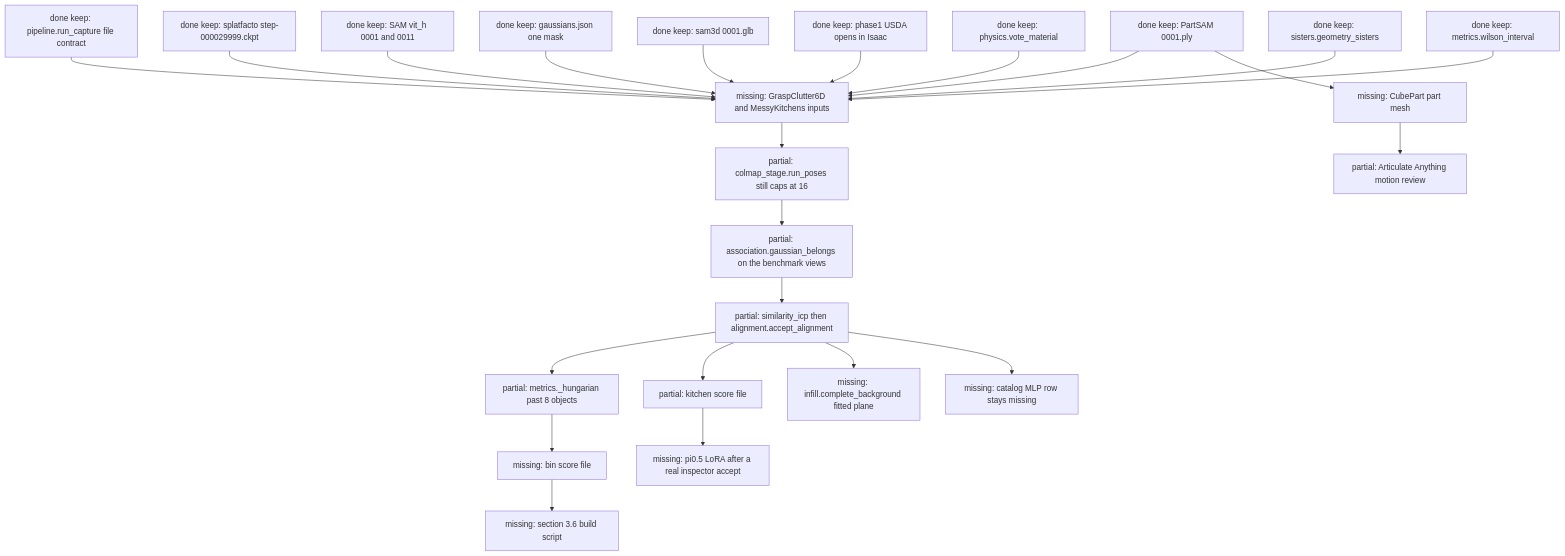
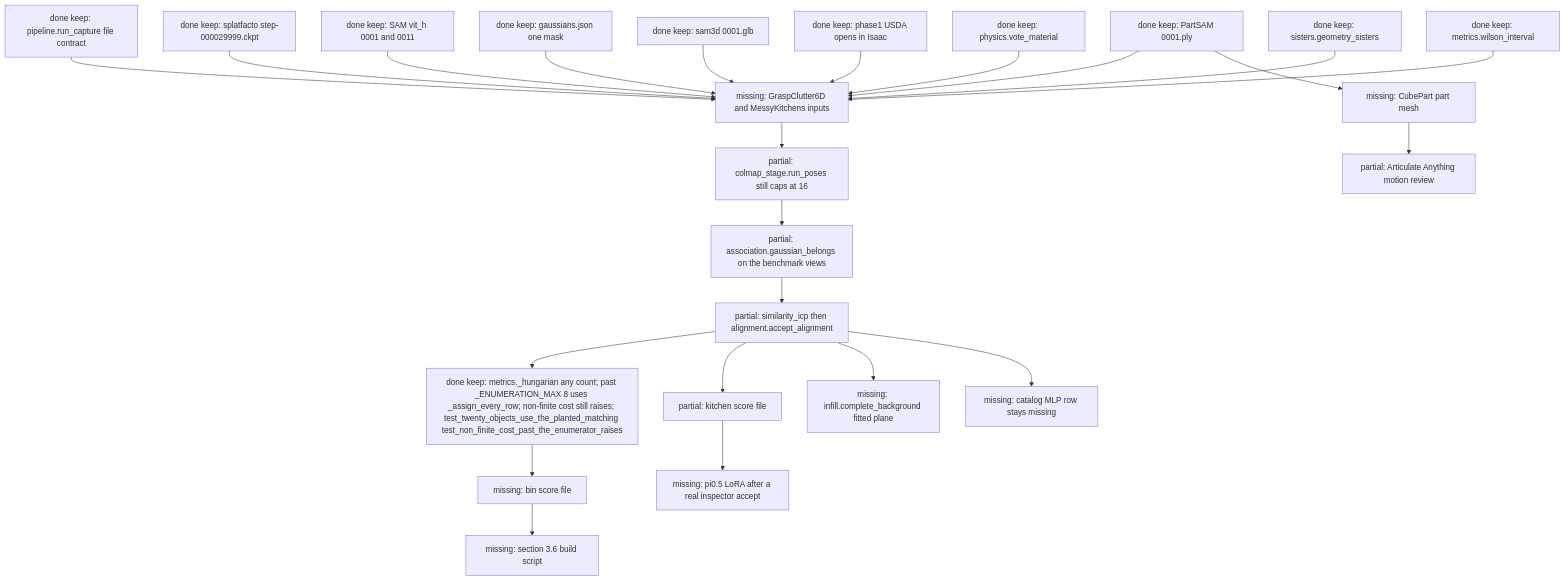
Before and after one commit to sandy-t-shelvan/SimFoundry: the eighth of 20 diagrams in docs/expansion-and-harvard-results.md, drawn with Mermaid. The commit also changed other lines of this file and 2 other files, not shown here.

````diff
--- a/docs/expansion-and-harvard-results.md
+++ b/docs/expansion-and-harvard-results.md
@@ -682,44 +727,44 @@
 ```mermaid
 flowchart TD
   KeepContract["done keep: pipeline.run_capture file contract"]
   KeepSplat["done keep: splatfacto step-000029999.ckpt"]
   KeepMasks["done keep: SAM vit_h 0001 and 0011"]
   KeepAssoc["done keep: gaussians.json one mask"]
   KeepMesh["done keep: sam3d 0001.glb"]
   KeepParts["done keep: PartSAM 0001.ply"]
   KeepUsd["done keep: phase1 USDA opens in Isaac"]
   KeepVote["done keep: physics.vote_material"]
   KeepSisters["done keep: sisters.geometry_sisters"]
   KeepWilson["done keep: metrics.wilson_interval"]
   Bench["missing: GraspClutter6D and MessyKitchens inputs"]
   Colmap["partial: colmap_stage.run_poses still caps at 16"]
   Assoc["partial: association.gaussian_belongs on the benchmark views"]
   Align["partial: similarity_icp then alignment.accept_alignment"]
-  Match["partial: metrics._hungarian past 8 objects"]
+  Match["done keep: metrics._hungarian any count; past _ENUMERATION_MAX 8 uses _assign_every_row; non-finite cost still raises; test_twenty_objects_use_the_planted_matching test_non_finite_cost_past_the_enumerator_raises"]
   BinFile["missing: bin score file"]
   KitFile["partial: kitchen score file"]
   Planes["missing: infill.complete_background fitted plane"]
   Mlp["missing: catalog MLP row stays missing"]
   Cube["missing: CubePart part mesh"]
   Joints["partial: Articulate Anything motion review"]
   FourD["missing: section 3.6 build script"]
   Policy["missing: pi0.5 LoRA after a real inspector accept"]
   KeepContract --> Bench
   KeepSplat --> Bench
   KeepMasks --> Bench
   KeepAssoc --> Bench
   KeepMesh --> Bench
   KeepParts --> Bench
   KeepUsd --> Bench
   KeepVote --> Bench
   KeepSisters --> Bench
   KeepWilson --> Bench
   Bench --> Colmap --> Assoc --> Align --> Match
   Match --> BinFile
   Align --> KitFile
   Align --> Planes
   Align --> Mlp
   KeepParts --> Cube --> Joints
   BinFile --> FourD
   KitFile --> Policy
 ```
````
